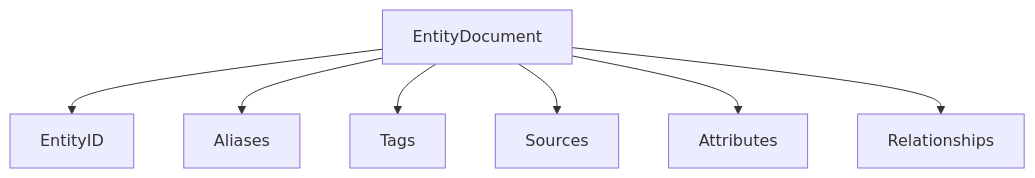
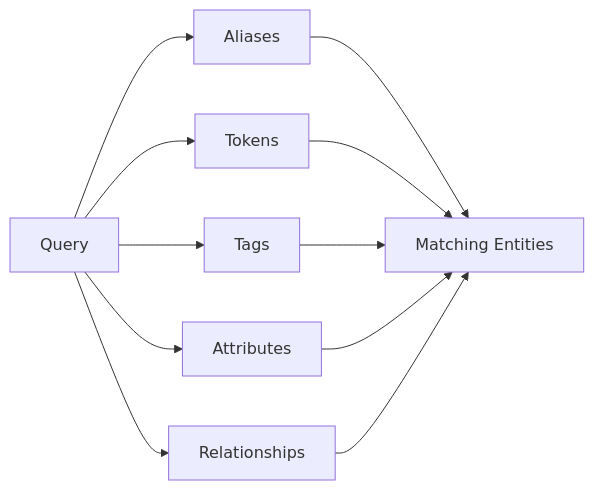
Before and after one commit to HandsOnDigits/EntityIdentifierResolver: the first of 2 diagrams in docs/the_eir_model.md, drawn with Mermaid. The commit also changed other lines of this file, not shown here.

````diff
--- a/docs/the_eir_model.md
+++ b/docs/the_eir_model.md
@@ -13,18 +147,16 @@
 ```mermaid
-flowchart TB
-    ENTITY["EntityDocument"]
+flowchart LR
+    Q["Query"]
 
-    ID["EntityID"]
-    ALIASES["Aliases"]
-    TAGS["Tags"]
-    SOURCES["Sources"]
-    ATTRIBUTES["Attributes"]
-    RELATIONSHIPS["Relationships"]
+    Q --> A["Aliases"]
+    Q --> T["Tokens"]
+    Q --> TG["Tags"]
+    Q --> P["Attributes"]
+    Q --> R["Relationships"]
 
-    ENTITY --> ID
-    ENTITY --> ALIASES
-    ENTITY --> TAGS
-    ENTITY --> SOURCES
-    ENTITY --> ATTRIBUTES
-    ENTITY --> RELATIONSHIPS
+    A --> RESULTS["Matching Entities"]
+    T --> RESULTS
+    TG --> RESULTS
+    P --> RESULTS
+    R --> RESULTS
 ```
````
